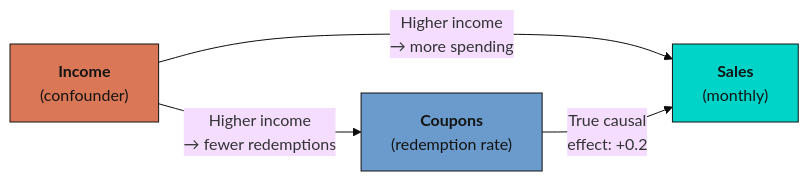
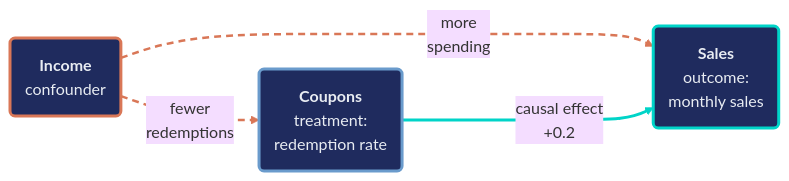
The second of 2 diagrams in content/post/python_fwl/index.md (cmg777/starter-academic-v501), drawn with Mermaid (base theme) before and after one commit. The commit also changed other lines of this file and 1 other file, not shown here.

First line of the commit message:
content(python_fwl): restyle flowcharts to match panel_intro

````diff
--- a/content/post/python_fwl/index.md
+++ b/content/post/python_fwl/index.md
@@ -305,10 +305,14 @@
 ```mermaid
 graph LR
-    I["<b>Income</b><br/>(confounder)"] -->|"Higher income<br/>→ fewer redemptions"| C["<b>Coupons</b><br/>(redemption rate)"]
-    I -->|"Higher income<br/>→ more spending"| S["<b>Sales</b><br/>(monthly)"]
-    C -->|"True causal<br/>effect: +0.2"| S
-
-    style I fill:#d97757,stroke:#141413,color:#141413
-    style C fill:#6a9bcc,stroke:#141413,color:#141413
-    style S fill:#00d4c8,stroke:#141413,color:#141413
+    I("<b>Income</b><br/>confounder") -.->|"fewer<br/>redemptions"| C("<b>Coupons</b><br/>treatment:<br/>redemption rate")
+    I -.->|"more<br/>spending"| S("<b>Sales</b><br/>outcome:<br/>monthly sales")
+    C ===>|"causal effect<br/>+0.2"| S
+    classDef confounder fill:#1f2b5e,stroke:#d97757,stroke-width:3px,color:#e8ecf2
+    classDef treatment fill:#1f2b5e,stroke:#6a9bcc,stroke-width:3px,color:#e8ecf2
+    classDef outcome fill:#1f2b5e,stroke:#00d4c8,stroke-width:3px,color:#e8ecf2
+    class I confounder
+    class C treatment
+    class S outcome
+    linkStyle 0,1 stroke:#d97757,stroke-width:2.5px,stroke-dasharray:7 5
+    linkStyle 2 stroke:#00d4c8,stroke-width:3px
 ```
````
